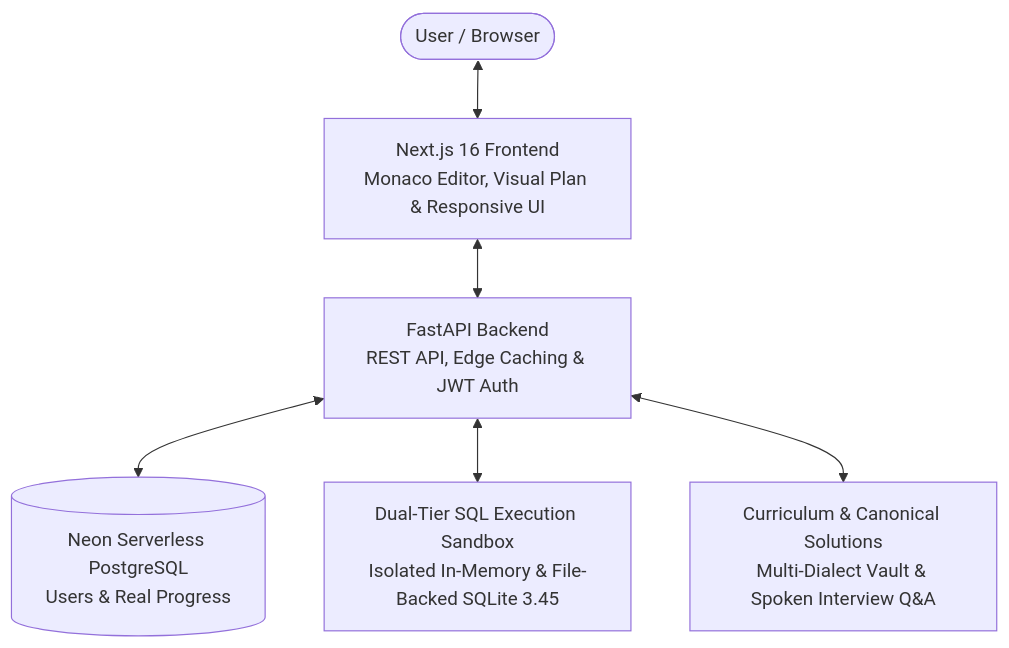
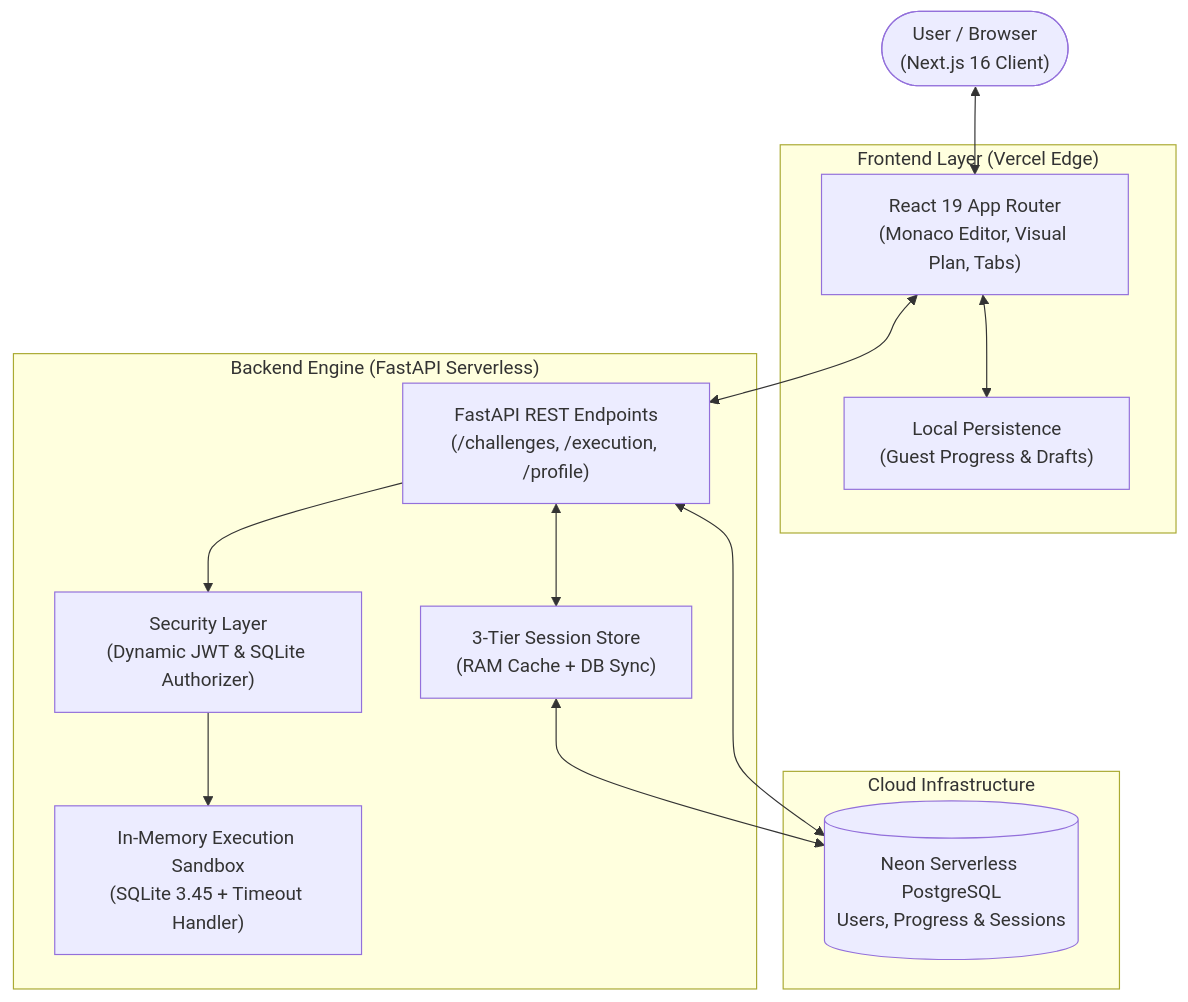
One commit to Spidey173/SQL-Quest changed the diagram in README.md. Above: the diagram before and after it, drawn with Mermaid. The commit also changed other lines of this file and 5 other files, not shown here.

Commit message:
docs: overhaul README with architecture diagrams and add GitHub Actions CI workflow

````diff
--- a/README.md
+++ b/README.md
@@ -63,8 +63,29 @@
 ```mermaid
 flowchart TD
-    User([User / Browser]) <--> Frontend[Next.js 16 Frontend\nMonaco Editor, Visual Plan & Responsive UI]
-    Frontend <--> API[FastAPI Backend\nREST API, Edge Caching & JWT Auth]
-    API <--> DB[(Neon Serverless PostgreSQL\nUsers & Real Progress)]
-    API <--> Runner[Dual-Tier SQL Execution Sandbox\nIsolated In-Memory & File-Backed SQLite 3.45]
-    API <--> Mentor[Curriculum & Canonical Solutions\nMulti-Dialect Vault & Spoken Interview Q&A]
+    Client(["User / Browser\n(Next.js 16 Client)"])
+    
+    subgraph Frontend ["Frontend Layer (Vercel Edge)"]
+        UI["React 19 App Router\n(Monaco Editor, Visual Plan, Tabs)"]
+        LocalStore["Local Persistence\n(Guest Progress & Drafts)"]
+    end
+    
+    subgraph Backend ["Backend Engine (FastAPI Serverless)"]
+        API["FastAPI REST Endpoints\n(/challenges, /execution, /profile)"]
+        Security["Security Layer\n(Dynamic JWT & SQLite Authorizer)"]
+        Sandbox["In-Memory Execution Sandbox\n(SQLite 3.45 + Timeout Handler)"]
+        SessionMgr["3-Tier Session Store\n(RAM Cache + DB Sync)"]
+    end
+    
+    subgraph Storage ["Cloud Infrastructure"]
+        NeonDB[("Neon Serverless PostgreSQL\nUsers, Progress & Sessions")]
+    end
+
+    Client <--> UI
+    UI <--> LocalStore
+    UI <--> API
+    API --> Security
+    Security --> Sandbox
+    API <--> SessionMgr
+    SessionMgr <--> NeonDB
+    API <--> NeonDB
 ```
````
